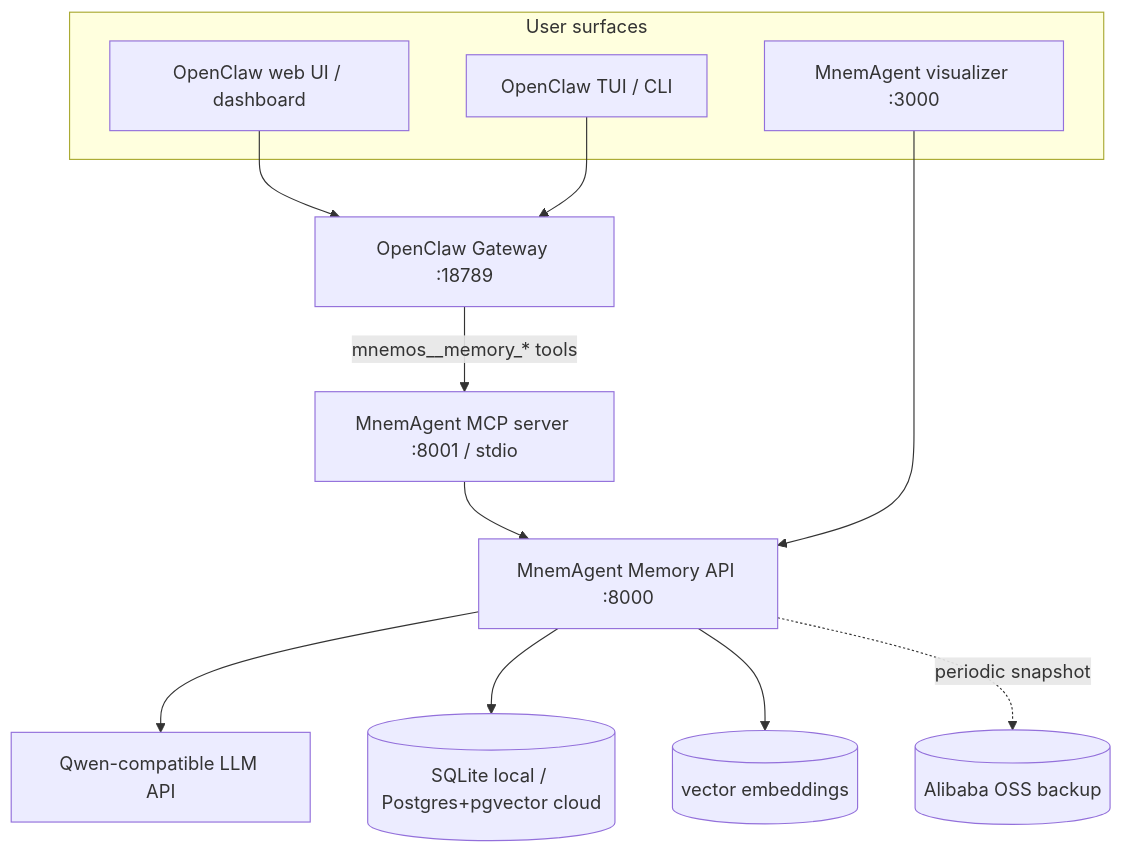
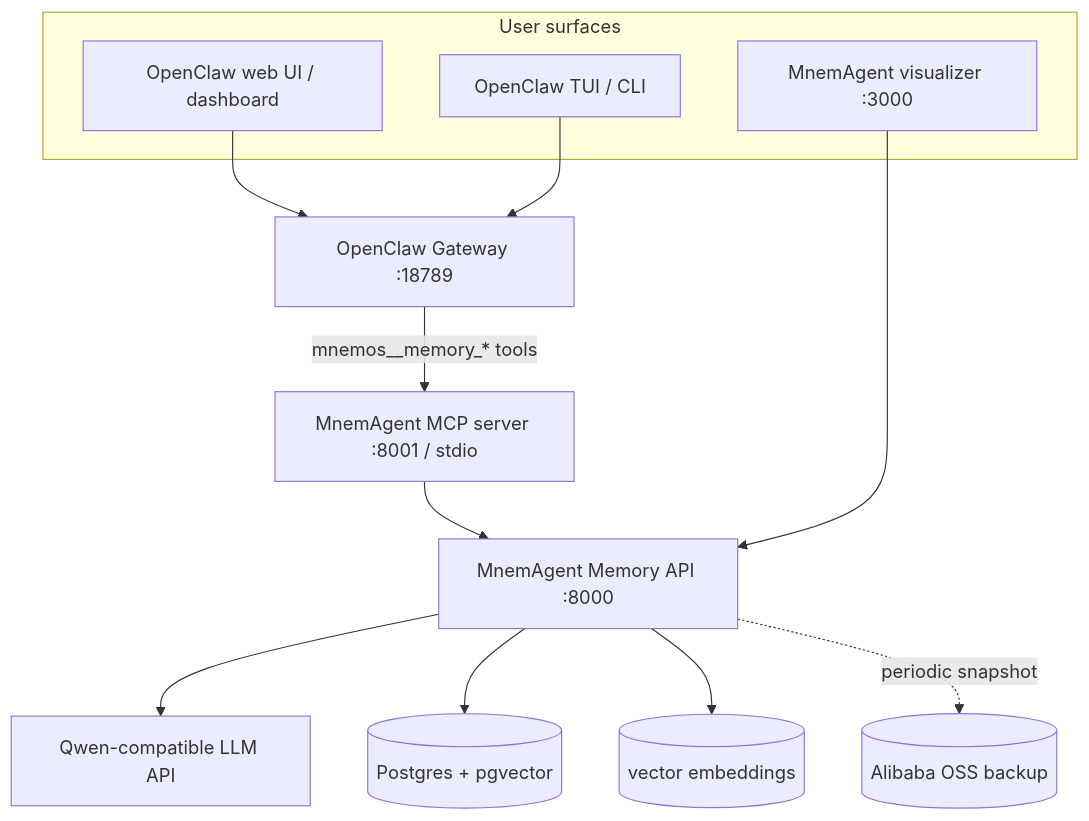
Before and after one commit to crankysmh47/MnemAgent: the first of 4 diagrams in README.md, drawn with Mermaid. The commit also changed other lines of this file and 22 other files, not shown here.

````diff
--- a/README.md
+++ b/README.md
@@ -97,26 +97,26 @@
 ```mermaid
 flowchart TB
   subgraph UserSurfaces["User surfaces"]
     OCWEB["OpenClaw web UI / dashboard"]
     OCTUI["OpenClaw TUI / CLI"]
     VIZ["MnemAgent visualizer :3000"]
   end
 
   GW["OpenClaw Gateway :18789"]
   MCP["MnemAgent MCP server :8001 / stdio"]
   API["MnemAgent Memory API :8000"]
   QWEN["Qwen-compatible LLM API"]
-  DB[("SQLite local / Postgres+pgvector cloud")]
+  DB[("Postgres + pgvector")]
   VEC[("vector embeddings")]
   OSS[("Alibaba OSS backup")]
 
   OCWEB --> GW
   OCTUI --> GW
   GW -->|"mnemos__memory_* tools"| MCP
   MCP --> API
   VIZ --> API
   API --> QWEN
   API --> DB
   API --> VEC
   API -. periodic snapshot .-> OSS
 ```
````
